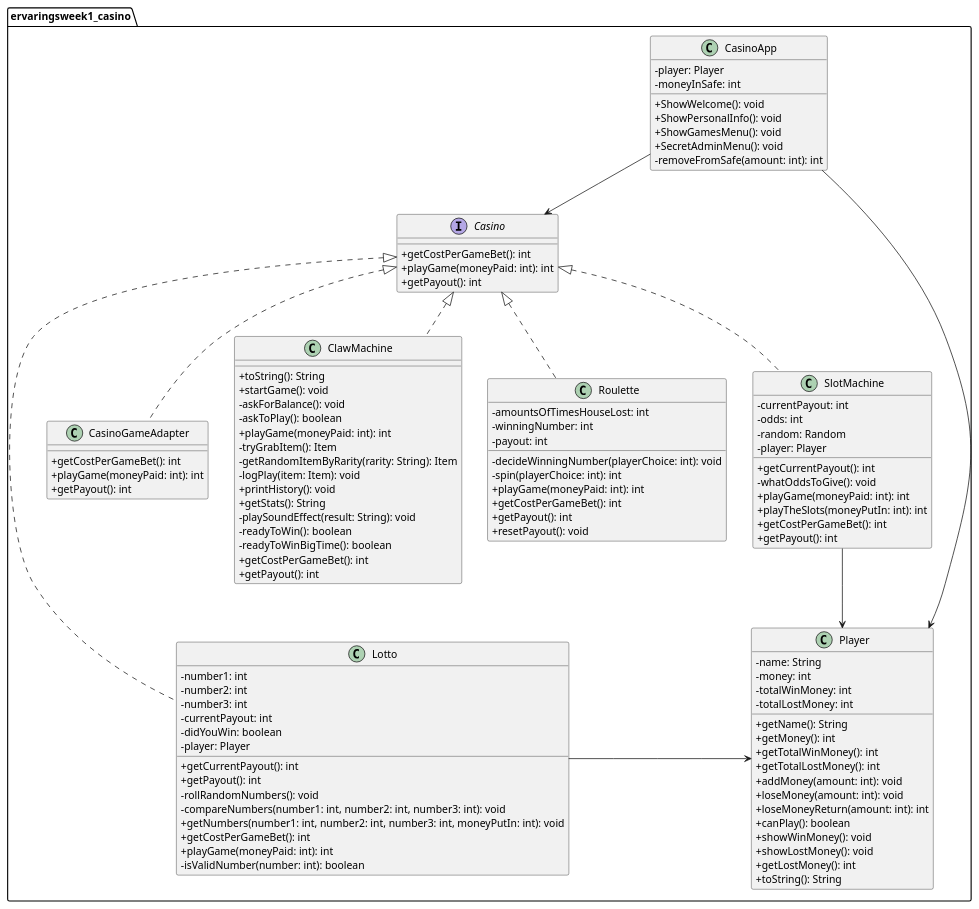
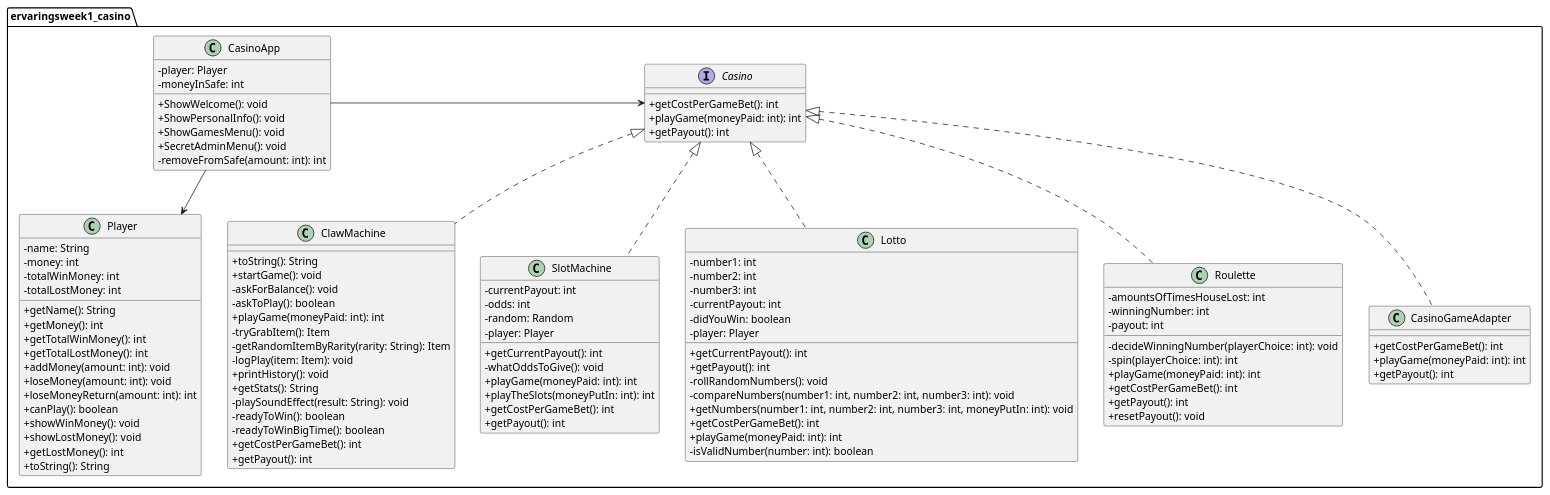
One commit to BramLab/Ervaringsweek1_Casino changed the diagram in Casino/Info/ClassDiagramErvaringsweek1.puml. Above: the diagram before and after it, drawn with PlantUML. The commit also changed 2 other files, not shown here.

```diff
--- a/Casino/Info/ClassDiagramErvaringsweek1.puml
+++ b/Casino/Info/ClassDiagramErvaringsweek1.puml
@@ -1,127 +1,125 @@
 @startuml
 ' Package
 package "ervaringsweek1_casino" {
 
 skinparam classAttributeIconSize 0
 
 ' =========================
 ' Interfaces
 ' =========================
 
 interface Casino {
     + getCostPerGameBet(): int
     + playGame(moneyPaid: int): int
     + getPayout(): int
 }
 
 ' =========================
 ' Classes
 ' =========================
 
 class CasinoApp {
     - player: Player
     - moneyInSafe: int
     + ShowWelcome(): void
     + ShowPersonalInfo(): void
     + ShowGamesMenu(): void
     + SecretAdminMenu(): void
     - removeFromSafe(amount: int): int
 }
 
 class CasinoGameAdapter implements Casino {
     + getCostPerGameBet(): int
     + playGame(moneyPaid: int): int
     + getPayout(): int
 }
 
 class ClawMachine implements Casino {
     + toString(): String
     + startGame(): void
     - askForBalance(): void
     - askToPlay(): boolean
     + playGame(moneyPaid: int): int
     - tryGrabItem(): Item
     - getRandomItemByRarity(rarity: String): Item
     - logPlay(item: Item): void
     + printHistory(): void
     + getStats(): String
     - playSoundEffect(result: String): void
     - readyToWin(): boolean
     - readyToWinBigTime(): boolean
     + getCostPerGameBet(): int
     + getPayout(): int
 }
 
 class SlotMachine implements Casino {
     - currentPayout: int
     - odds: int
     - random: Random
     - player: Player
     + getCurrentPayout(): int
     - whatOddsToGive(): void
     + playGame(moneyPaid: int): int
     + playTheSlots(moneyPutIn: int): int
     + getCostPerGameBet(): int
     + getPayout(): int
 }
 
 class Lotto implements Casino {
     - number1: int
     - number2: int
     - number3: int
     - currentPayout: int
     - didYouWin: boolean
     - player: Player
     + getCurrentPayout(): int
     + getPayout(): int
     - rollRandomNumbers(): void
     - compareNumbers(number1: int, number2: int, number3: int): void
     + getNumbers(number1: int, number2: int, number3: int, moneyPutIn: int): void
     + getCostPerGameBet(): int
     + playGame(moneyPaid: int): int
     - isValidNumber(number: int): boolean
 }
 
 class Roulette implements Casino {
     - amountsOfTimesHouseLost: int
     - winningNumber: int
     - payout: int
     - decideWinningNumber(playerChoice: int): void
     - spin(playerChoice: int): int
     + playGame(moneyPaid: int): int
     + getCostPerGameBet(): int
     + getPayout(): int
     + resetPayout(): void
 }
 
 class Player {
     - name: String
     - money: int
     - totalWinMoney: int
     - totalLostMoney: int
     + getName(): String
     + getMoney(): int
     + getTotalWinMoney(): int
     + getTotalLostMoney(): int
     + addMoney(amount: int): void
     + loseMoney(amount: int): void
     + loseMoneyReturn(amount: int): int
     + canPlay(): boolean
     + showWinMoney(): void
     + showLostMoney(): void
     + getLostMoney(): int
     + toString(): String
 }
 
 }
 
 ' =========================
 ' Associations et dépendances (liens)
 ' =========================
 
 CasinoApp --> Player
-CasinoApp --> Casino
-SlotMachine --> Player
-Lotto -> Player
+CasinoApp -> Casino
 
 @enduml
```
